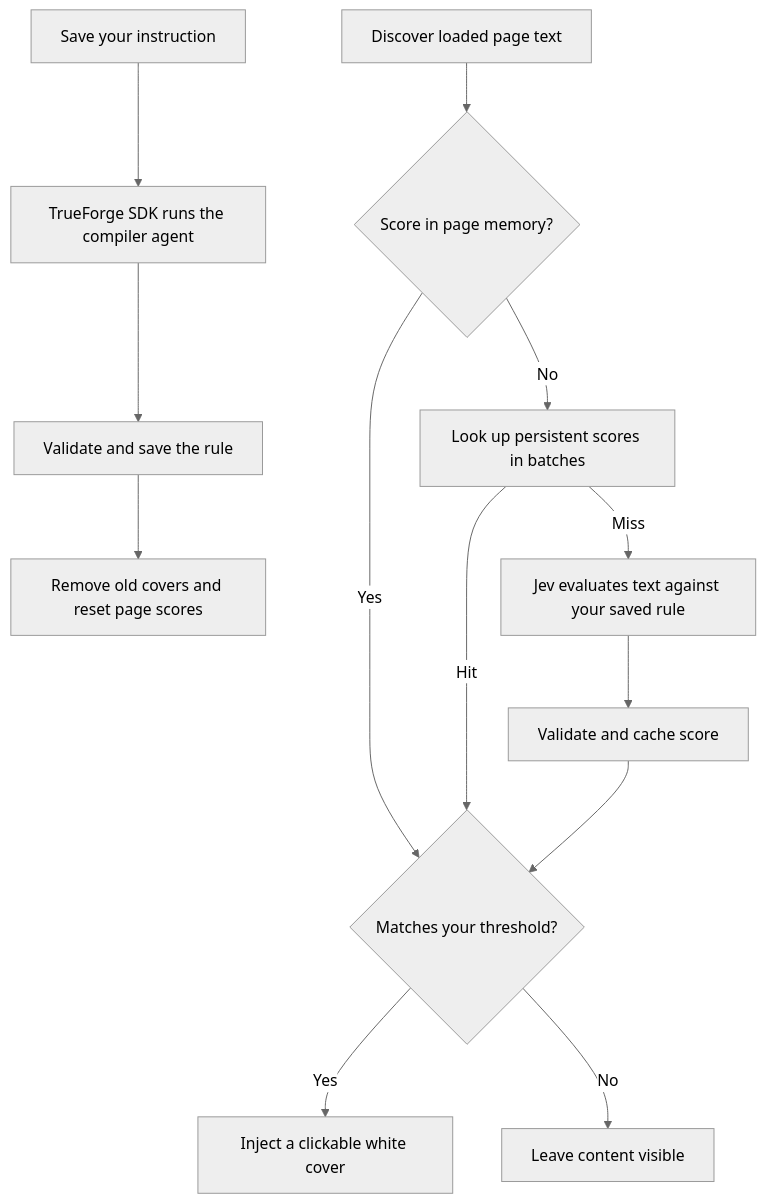
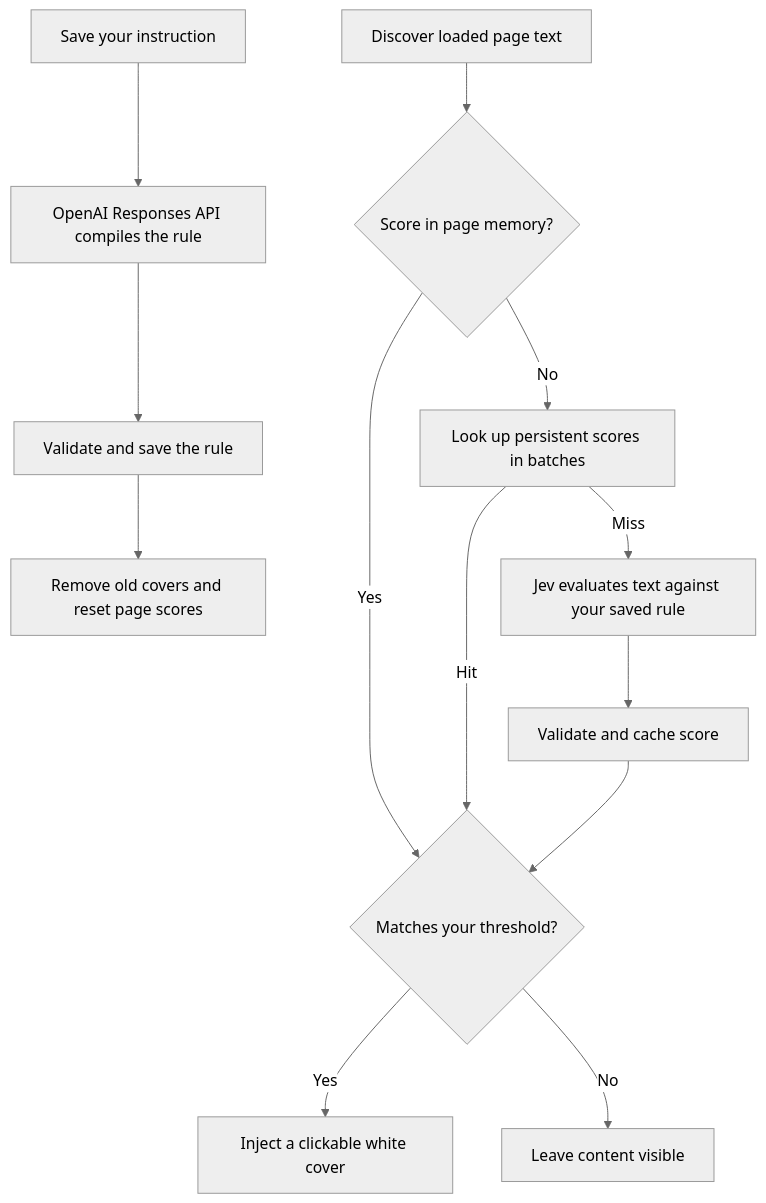
Before and after one commit to rishiv7/content-blocker: the diagram in README.md, drawn with Mermaid (neutral theme). The commit also changed other lines of this file and 21 other files, not shown here.

First line of the commit message:
feat: direct OpenAI compiler on gpt-6-luna, restored BYOK key UI, TrueForge removal (#2)

````diff
--- a/README.md
+++ b/README.md
@@ -36,15 +36,15 @@
 ```mermaid
 flowchart TD
-    Input[Save your instruction] --> TrueForge[TrueForge SDK runs the compiler agent]
-    TrueForge --> Saved[Validate and save the rule]
+    Input[Save your instruction] --> OpenAI[OpenAI Responses API compiles the rule]
+    OpenAI --> Saved[Validate and save the rule]
     Saved --> Reset[Remove old covers and reset page scores]
     Page[Discover loaded page text] --> Memory{Score in page memory?}
     Memory -->|Yes| Threshold{Matches your threshold?}
     Memory -->|No| Cache[Look up persistent scores in batches]
     Cache -->|Hit| Threshold
     Cache -->|Miss| Jev[Jev evaluates text against your saved rule]
     Jev --> Persist[Validate and cache score]
     Persist --> Threshold
     Threshold -->|Yes| Cover[Inject a clickable white cover]
     Threshold -->|No| Visible[Leave content visible]
 ```
````
